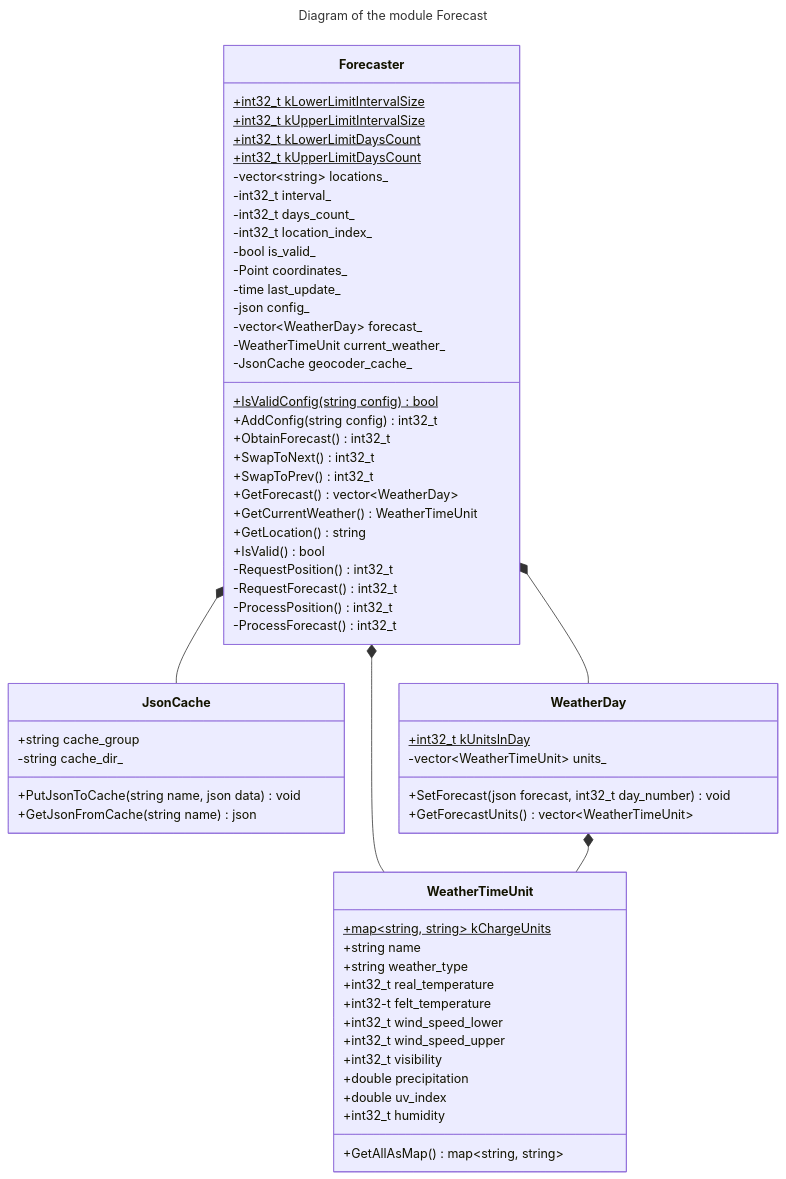
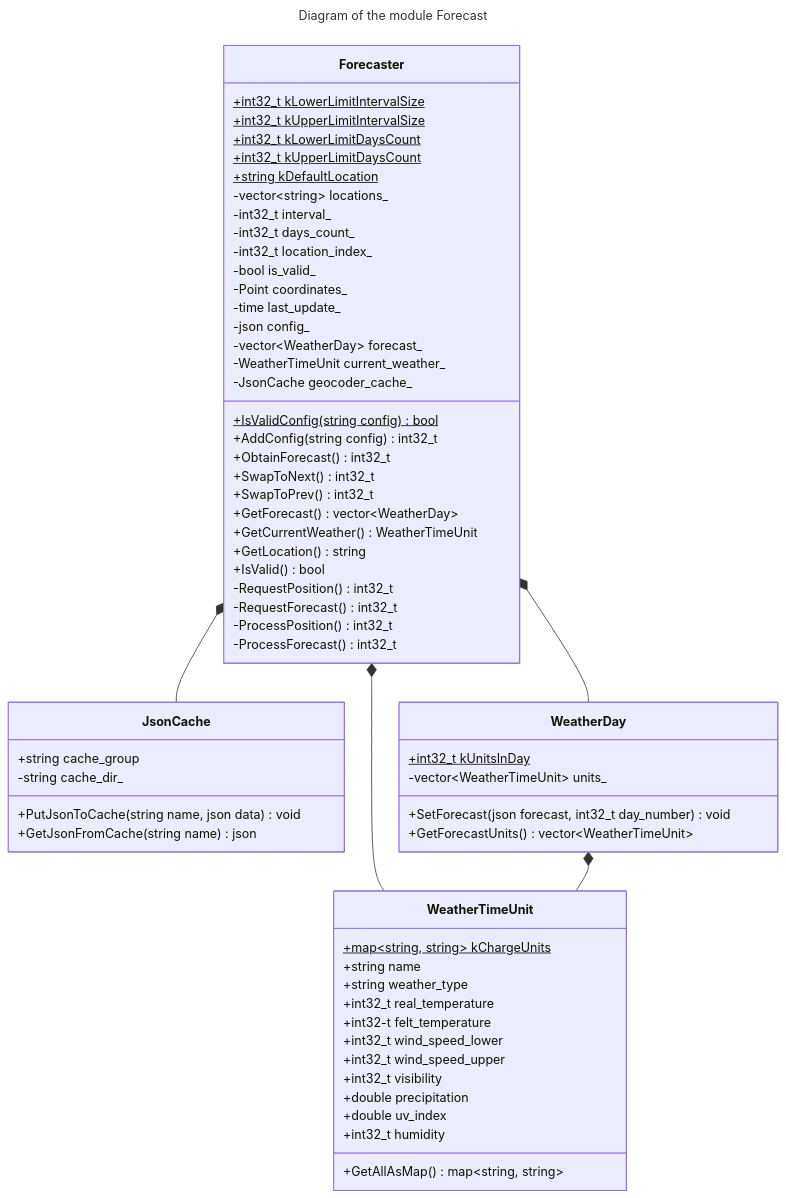
Before and after one commit to bialger/weather-forecast: the second of 3 diagrams in docs/dev/architecture.md, drawn with Mermaid. The commit also changed 6 other files, not shown here.

````diff
--- a/docs/dev/architecture.md
+++ b/docs/dev/architecture.md
@@ -56,73 +56,74 @@
 ```mermaid
 ---
 title: Diagram of the module Forecast
 ---
 %%{
   init: {
     'theme': 'base',
     'classDiagram': { 'curve': 'linaer' },
   }
 }%%
 classDiagram
   direction TB
   class Forecaster {
     +int32_t kLowerLimitIntervalSize$
     +int32_t kUpperLimitIntervalSize$
     +int32_t kLowerLimitDaysCount$
     +int32_t kUpperLimitDaysCount$
+    +string kDefaultLocation$
     -vector~string~ locations_
     -int32_t interval_
     -int32_t days_count_
     -int32_t location_index_
     -bool is_valid_
     -Point coordinates_
     -time last_update_
     -json config_
     -vector~WeatherDay~ forecast_
     -WeatherTimeUnit current_weather_
     -JsonCache geocoder_cache_
     +IsValidConfig(string config)$ bool
     +AddConfig(string config) int32_t
     +ObtainForecast() int32_t
     +SwapToNext() int32_t
     +SwapToPrev() int32_t
     +GetForecast() vector~WeatherDay~
     +GetCurrentWeather() WeatherTimeUnit
     +GetLocation() string
     +IsValid() bool
     -RequestPosition() int32_t
     -RequestForecast() int32_t
     -ProcessPosition() int32_t
     -ProcessForecast() int32_t
   }
   class JsonCache {
     +string cache_group
     -string cache_dir_
     +PutJsonToCache(string name, json data) void
     +GetJsonFromCache(string name) json
   }
   class WeatherDay {
     +int32_t kUnitsInDay$
     -vector~WeatherTimeUnit~ units_
     +SetForecast(json forecast, int32_t day_number) void
     +GetForecastUnits() vector~WeatherTimeUnit~
   }
   class WeatherTimeUnit {
     +map~string, string~ kChargeUnits$
     +string name
     +string weather_type
     +int32_t real_temperature
     +int32-t felt_temperature
     +int32_t wind_speed_lower
     +int32_t wind_speed_upper
     +int32_t visibility
     +double precipitation
     +double uv_index
     +int32_t humidity
     +GetAllAsMap() map~string, string~
   }
   Forecaster *-- WeatherDay
   Forecaster *-- WeatherTimeUnit
   Forecaster *-- JsonCache
   WeatherDay *-- WeatherTimeUnit
 ```
````
